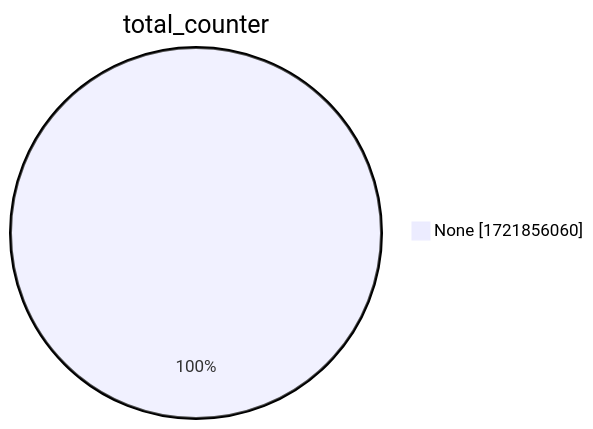
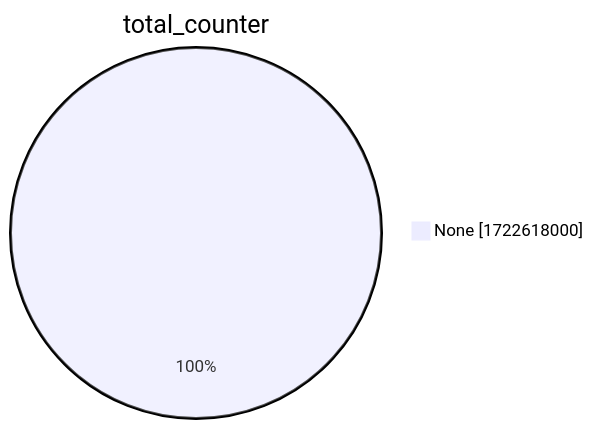
The second of 15 diagrams in xenon2022/README.md (christiankrug/ctmonitor_visualization), drawn with Mermaid before and after one commit. The commit also changed other lines of this file, not shown here.

````diff
--- a/xenon2022/README.md
+++ b/xenon2022/README.md
@@ -9,5 +9,5 @@
 ```mermaid
 pie showData
 title total_counter
-"None" :1721856060
+"None" :1722618000
 ```
````
